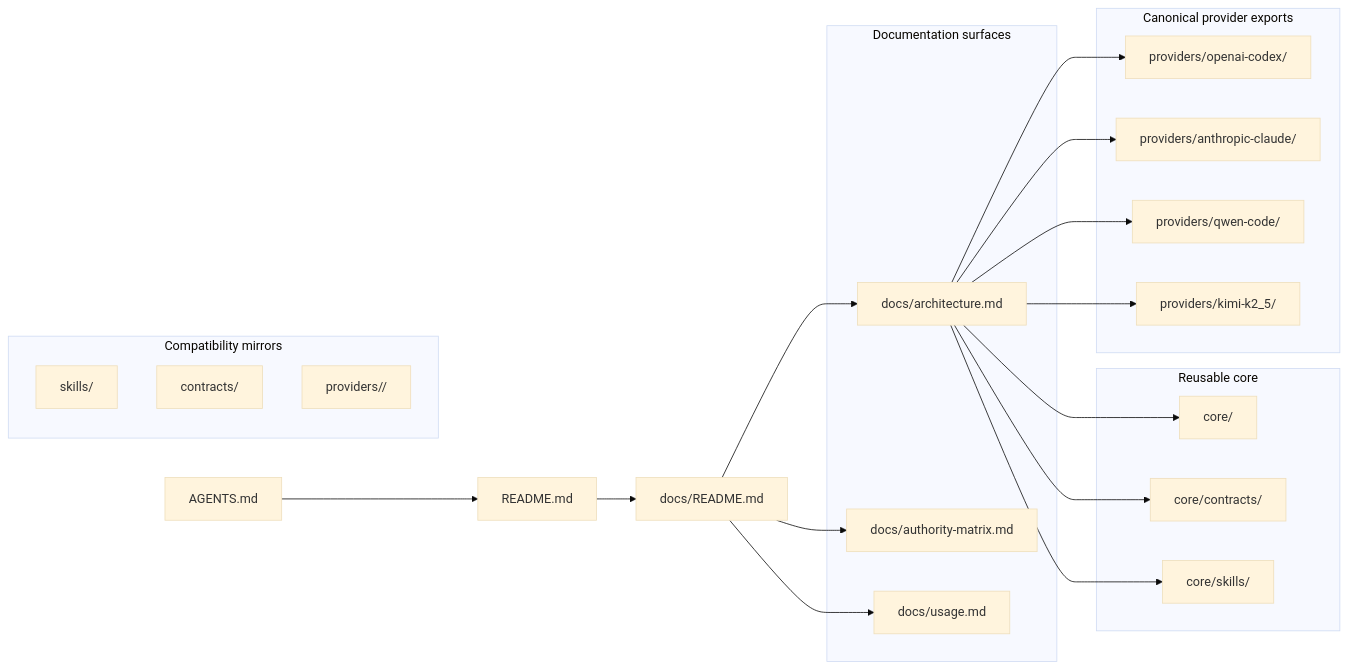
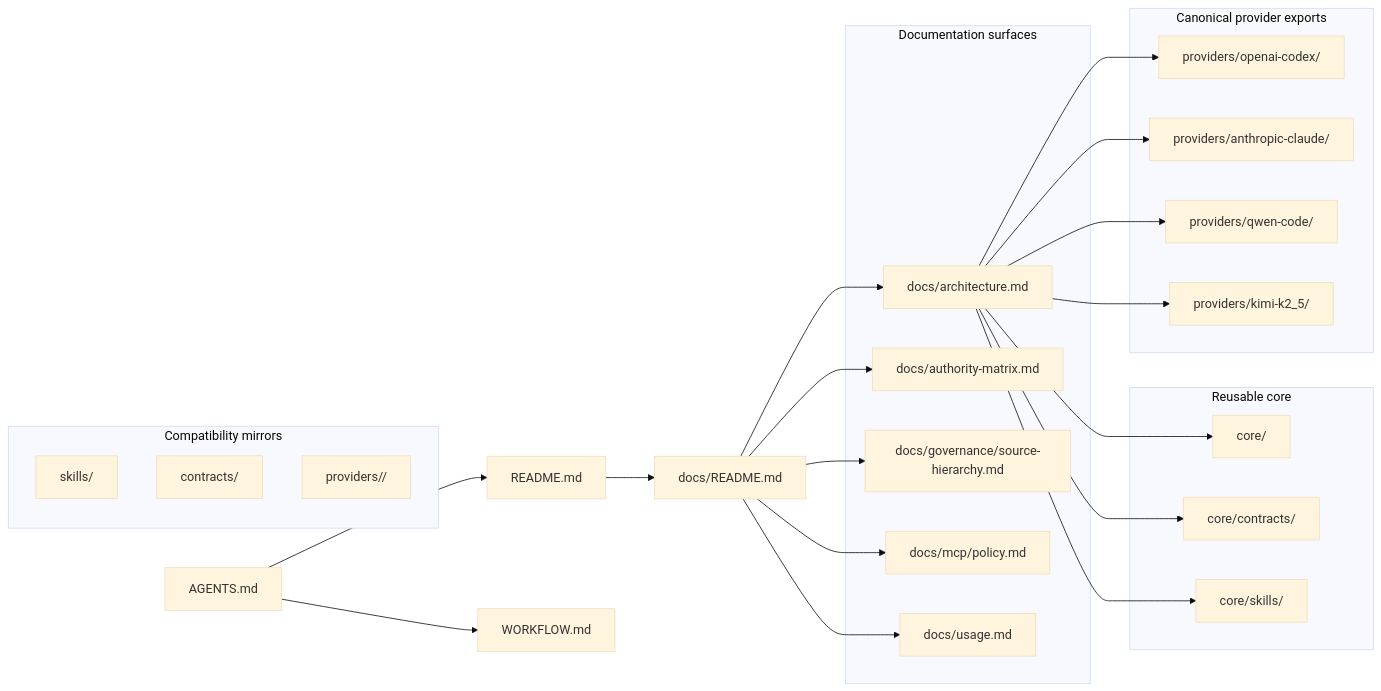
One commit to baum777/model-agnostic-workflow-system changed the second of 2 diagrams in docs/architecture.md. Above: the diagram before and after it, drawn with Mermaid (base theme). The commit also changed other lines of this file and 8 other files, not shown here.

Commit message:
Add Phase 1 workflow and MCP overlay docs

````diff
--- a/docs/architecture.md
+++ b/docs/architecture.md
@@ -56,41 +63,46 @@
 ```mermaid
 flowchart LR
   GOVERNANCE["AGENTS.md"] --> ROOT["README.md"]
+  GOVERNANCE --> WORKFLOW["WORKFLOW.md"]
   ROOT --> INDEX["docs/README.md"]
 
   subgraph Reusable["Reusable core"]
     CORE["core/"]
     CORE_CONTRACTS["core/contracts/"]
     CORE_SKILLS["core/skills/"]
   end
 
   subgraph Compatibility["Compatibility mirrors"]
     LEGACY_SKILLS["skills/"]
     LEGACY_CONTRACTS["contracts/"]
     LEGACY_PROVIDERS["providers/<legacy>/"]
   end
 
   subgraph CanonicalExports["Canonical provider exports"]
     OPENAI["providers/openai-codex/"]
     ANTHROPIC["providers/anthropic-claude/"]
     QWEN["providers/qwen-code/"]
     KIMI["providers/kimi-k2_5/"]
   end
 
   subgraph Docs["Documentation surfaces"]
     ARCH_DOC["docs/architecture.md"]
     AUTH_DOC["docs/authority-matrix.md"]
+    HIER_DOC["docs/governance/source-hierarchy.md"]
+    MCP_DOC["docs/mcp/policy.md"]
     USAGE_DOC["docs/usage.md"]
   end
 
   INDEX --> ARCH_DOC
   INDEX --> AUTH_DOC
+  INDEX --> HIER_DOC
+  INDEX --> MCP_DOC
   INDEX --> USAGE_DOC
   ARCH_DOC --> CORE
   ARCH_DOC --> CORE_CONTRACTS
   ARCH_DOC --> CORE_SKILLS
   ARCH_DOC --> OPENAI
   ARCH_DOC --> ANTHROPIC
   ARCH_DOC --> QWEN
   ARCH_DOC --> KIMI
 ```
````
